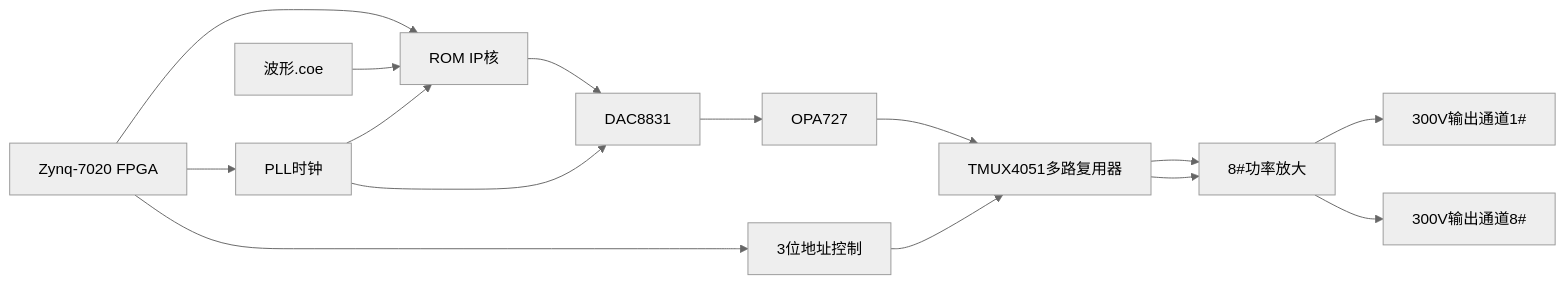
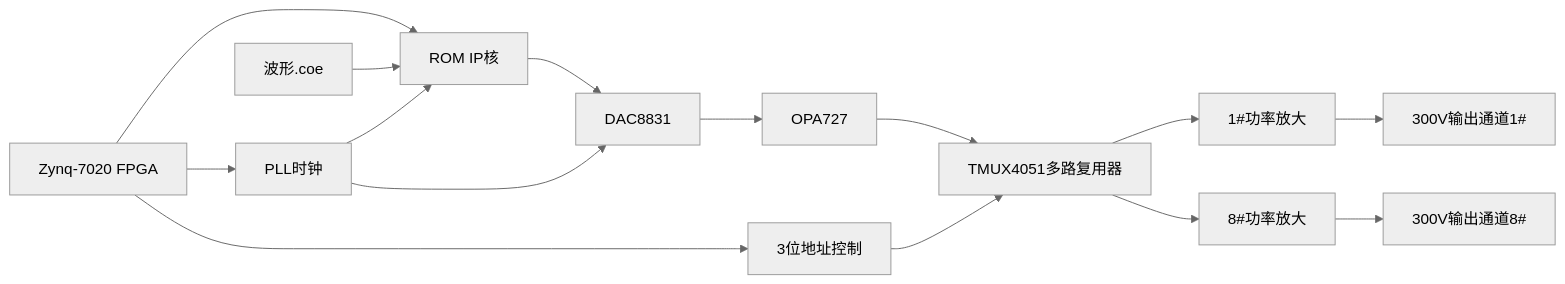
The diagram in all/信号发生.md (Rukawa15/iodraw-files), drawn with Mermaid (neutral theme) before and after one commit.

Commit message:
2025-06-19 14:23:32 update

````diff
--- a/all/信号发生.md
+++ b/all/信号发生.md
@@ -1,12 +1,12 @@
 ```mermaid
 graph LR
 A[Zynq-7020 FPGA] --> C[ROM IP核]
 L[波形.coe] --> C 
 A --> B[PLL时钟] --> C
 C --> D[DAC8831] 
 B --> D[DAC8831] 
 D --> E[OPA727] --> F[TMUX4051多路复用器]
-F --> H[1#功率放大] --> I[300V输出通道1#]
-F --> H[8#功率放大] --> K[300V输出通道8#]
+F --> H1[1#功率放大] --> 1[300V输出通道1#]
+F --> H8[8#功率放大] --> K[300V输出通道8#]
 A --> G[3位地址控制] --> F
 ```
````
